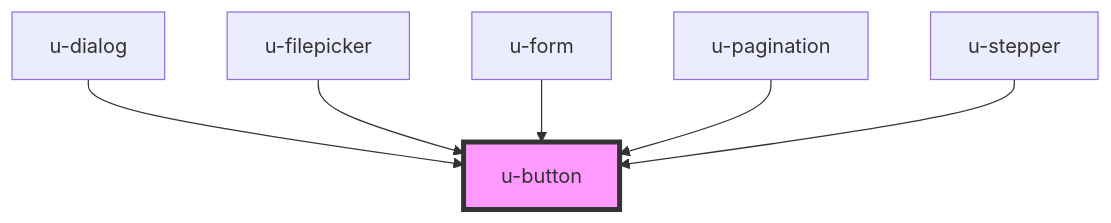
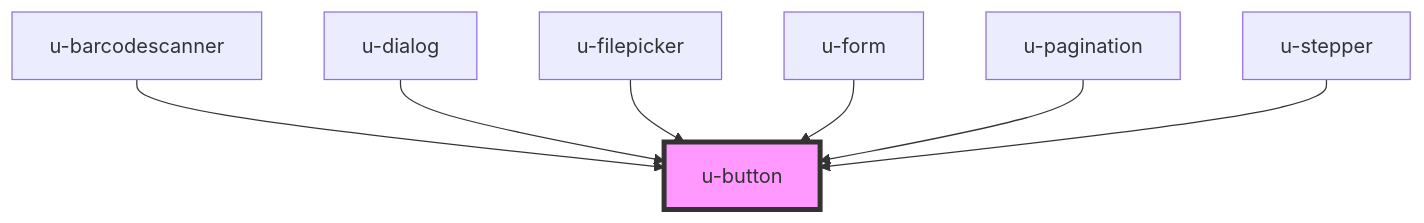
The diagram in src/components/u-button/readme.md (theUrbans/uniform), drawn with Mermaid before and after one commit. The commit also changed other lines of this file and 25 other files, not shown here.

````diff
--- a/src/components/u-button/readme.md
+++ b/src/components/u-button/readme.md
@@ -39,9 +40,10 @@
 ```mermaid
 graph TD;
+  u-barcodescanner --> u-button
   u-dialog --> u-button
   u-filepicker --> u-button
   u-form --> u-button
   u-pagination --> u-button
   u-stepper --> u-button
   style u-button fill:#f9f,stroke:#333,stroke-width:4px
 ```
````
